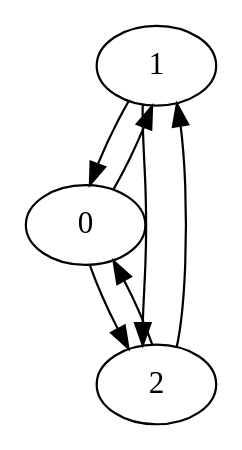
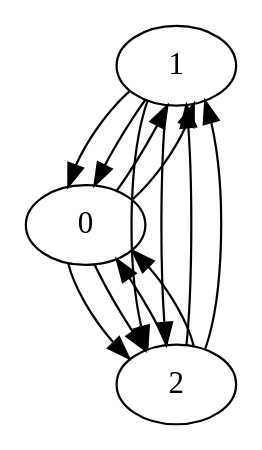
The diagram in DOT/random.dot (Ramzi98/Graph), drawn with Graphviz before and after one commit. The commit also changed 2 other files, not shown here.

```diff
--- a/DOT/random.dot
+++ b/DOT/random.dot
@@ -1,8 +1,14 @@
 digraph g {
  1 -> 0; 
+ 1 -> 0; 
+ 1 -> 2; 
  1 -> 2; 
  0 -> 1; 
+ 0 -> 1; 
+ 0 -> 2; 
  0 -> 2; 
  2 -> 0; 
+ 2 -> 0; 
+ 2 -> 1; 
  2 -> 1; 
 }
```
